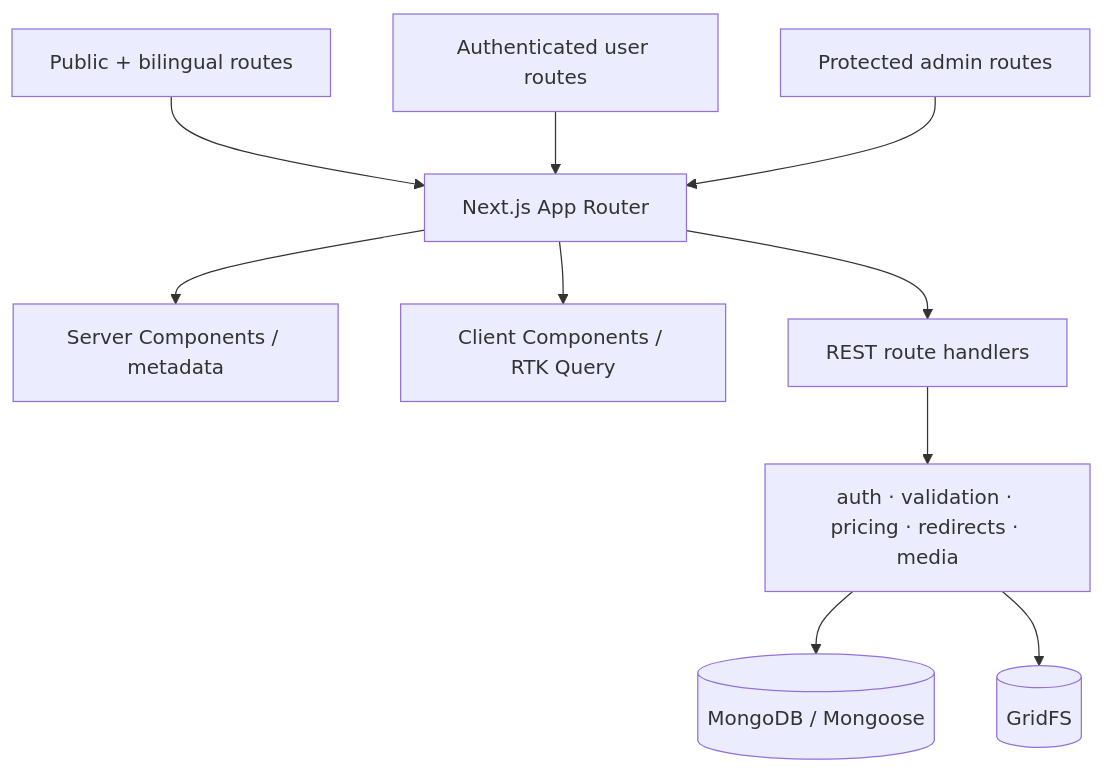
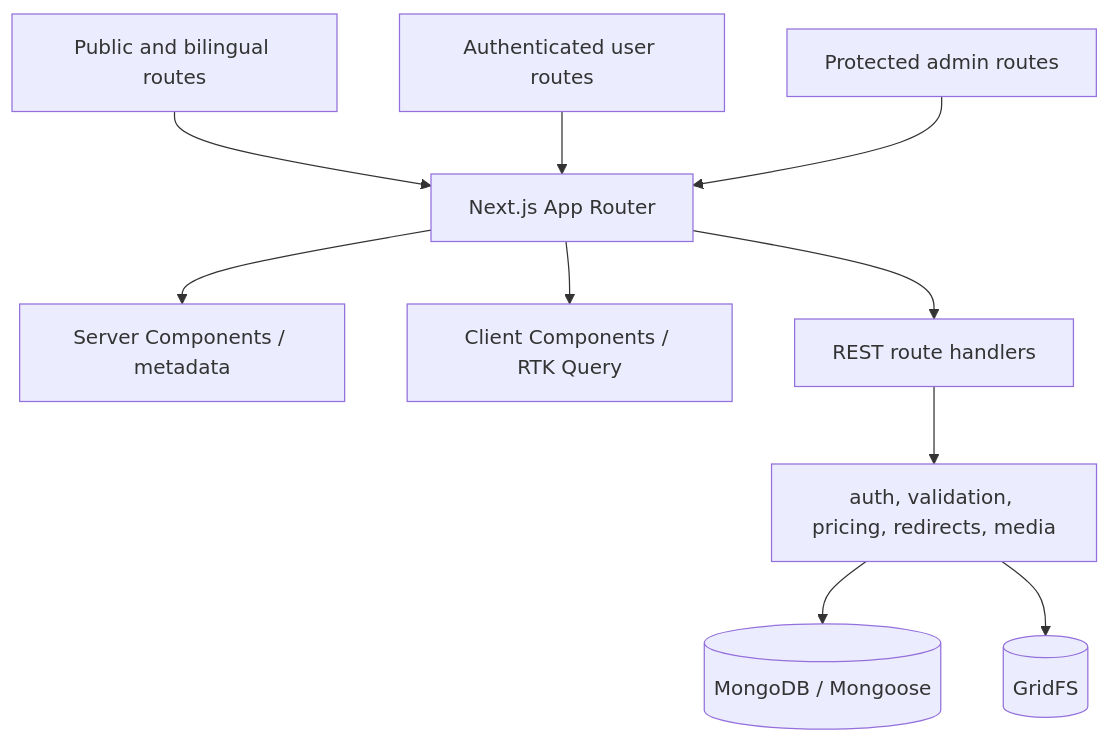
One commit to zakaria-akash/care-bangla-group-web-application changed the diagram in AppStructureUpgrade.md. Above: the diagram before and after it, drawn with Mermaid. The commit also changed 9 other files, not shown here.

Commit message:
Refactor mermaid diagrams for improved clarity and consistency across documentation

````diff
--- a/AppStructureUpgrade.md
+++ b/AppStructureUpgrade.md
@@ -9,12 +9,12 @@
 ```mermaid
 flowchart TB
-  Public[Public + bilingual routes] --> AppRouter[Next.js App Router]
-  Customer[Authenticated user routes] --> AppRouter
-  Admin[Protected admin routes] --> AppRouter
-  AppRouter --> SC[Server Components / metadata]
-  AppRouter --> CC[Client Components / RTK Query]
-  AppRouter --> APIs[REST route handlers]
-  APIs --> Lib[auth · validation · pricing · redirects · media]
-  Lib --> Mongo[(MongoDB / Mongoose)]
-  Lib --> Files[(GridFS)]
+  Public["Public and bilingual routes"] --> AppRouter["Next.js App Router"]
+  Customer["Authenticated user routes"] --> AppRouter
+  Admin["Protected admin routes"] --> AppRouter
+  AppRouter --> SC["Server Components / metadata"]
+  AppRouter --> CC["Client Components / RTK Query"]
+  AppRouter --> APIs["REST route handlers"]
+  APIs --> Lib["auth, validation, pricing, redirects, media"]
+  Lib --> Mongo[("MongoDB / Mongoose")]
+  Lib --> Files[("GridFS")]
 ```
````
